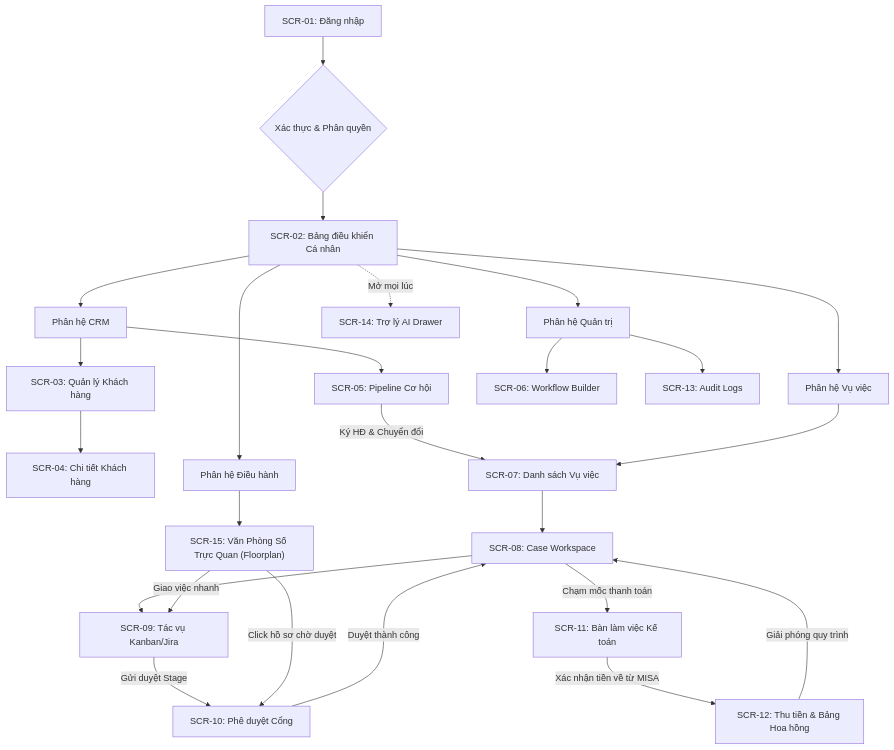
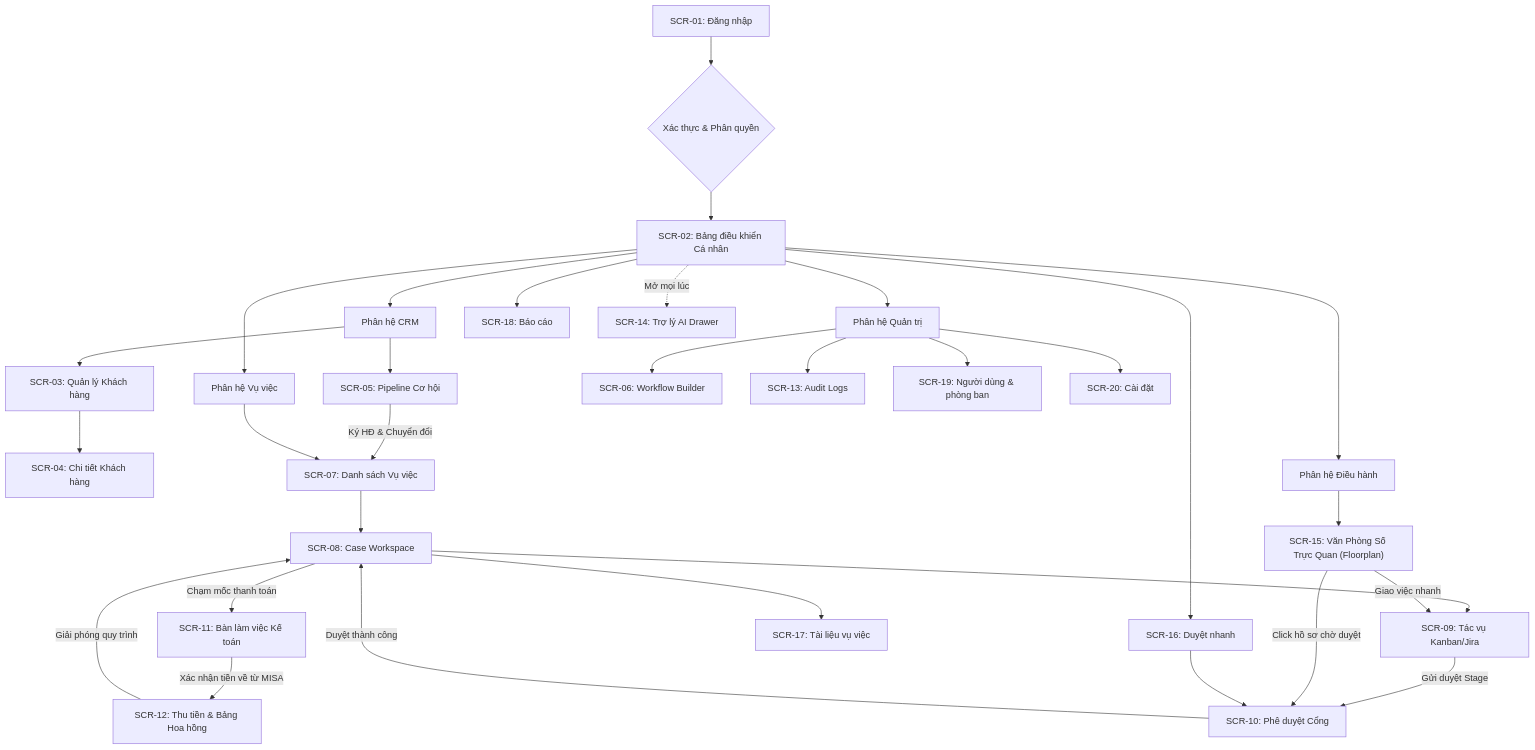
One commit to namth/asl-erp-v2 changed the diagram in docs/03-screens-and-ui.md. Above: the diagram before and after it, drawn with Mermaid. The commit also changed other lines of this file and 84 other files, not shown here.

````diff
--- a/docs/03-screens-and-ui.md
+++ b/docs/03-screens-and-ui.md
@@ -27,33 +36,40 @@
 ```mermaid
 flowchart TD
     SCR01["SCR-01: Đăng nhập"] --> AuthCheck{"Xác thực & Phân quyền"}
     AuthCheck --> SCR02["SCR-02: Bảng điều khiển Cá nhân"]
     
     SCR02 --> NavCRM["Phân hệ CRM"]
     NavCRM --> SCR03["SCR-03: Quản lý Khách hàng"]
     SCR03 --> SCR04["SCR-04: Chi tiết Khách hàng"]
     NavCRM --> SCR05["SCR-05: Pipeline Cơ hội"]
     SCR05 -- "Ký HĐ & Chuyển đổi" --> SCR07["SCR-07: Danh sách Vụ việc"]
 
     SCR02 --> NavCase["Phân hệ Vụ việc"]
     NavCase --> SCR07
     SCR07 --> SCR08["SCR-08: Case Workspace"]
     SCR08 --> SCR09["SCR-09: Tác vụ Kanban/Jira"]
     SCR09 -- "Gửi duyệt Stage" --> SCR10["SCR-10: Phê duyệt Cổng"]
     SCR10 -- "Duyệt thành công" --> SCR08
 
     SCR08 -- "Chạm mốc thanh toán" --> SCR11["SCR-11: Bàn làm việc Kế toán"]
     SCR11 -- "Xác nhận tiền về từ MISA" --> SCR12["SCR-12: Thu tiền & Bảng Hoa hồng"]
     SCR12 -- "Giải phóng quy trình" --> SCR08
 
     SCR02 --> NavAdmin["Phân hệ Quản trị"]
     NavAdmin --> SCR06["SCR-06: Workflow Builder"]
     NavAdmin --> SCR13["SCR-13: Audit Logs"]
 
     SCR02 --> NavOps["Phân hệ Điều hành"]
     NavOps --> SCR15["SCR-15: Văn Phòng Số Trực Quan (Floorplan)"]
     SCR15 -- "Click hồ sơ chờ duyệt" --> SCR10
     SCR15 -- "Giao việc nhanh" --> SCR09
 
+    SCR02 --> SCR16["SCR-16: Duyệt nhanh"]
+    SCR16 --> SCR10
+    SCR08 --> SCR17["SCR-17: Tài liệu vụ việc"]
+    SCR02 --> SCR18["SCR-18: Báo cáo"]
+    NavAdmin --> SCR19["SCR-19: Người dùng & phòng ban"]
+    NavAdmin --> SCR20["SCR-20: Cài đặt"]
+
     SCR02 -. "Mở mọi lúc" .-> SCR14["SCR-14: Trợ lý AI Drawer"]
 ```
````
